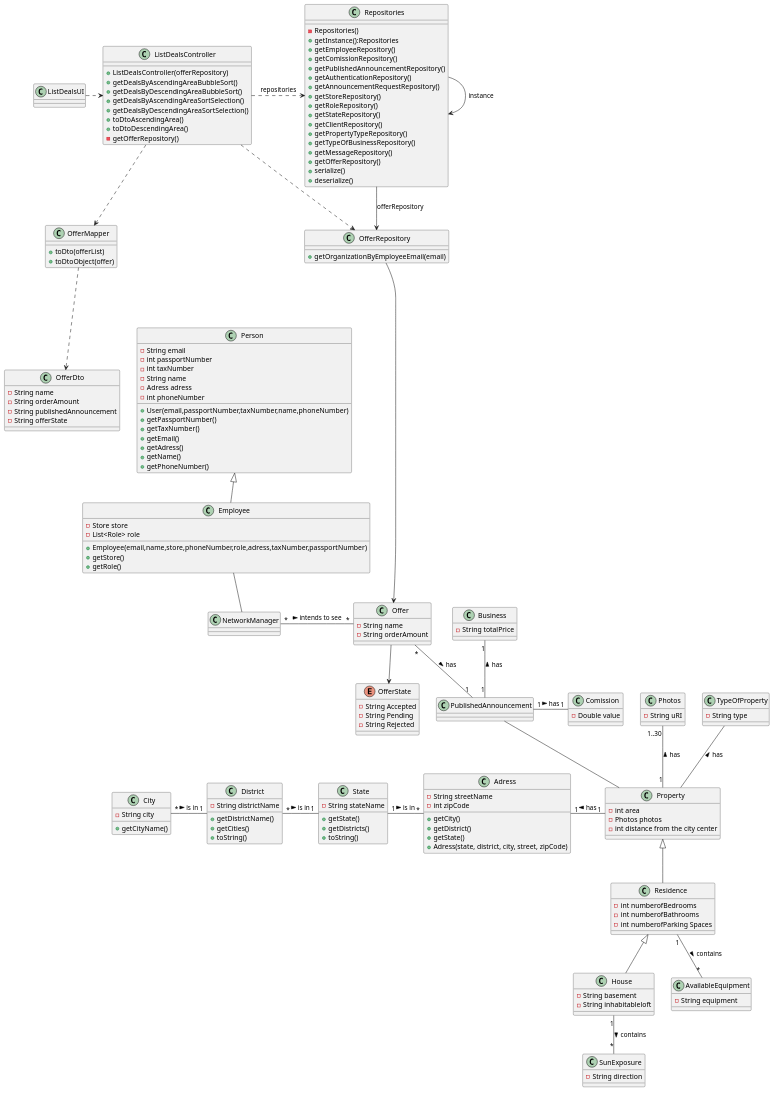
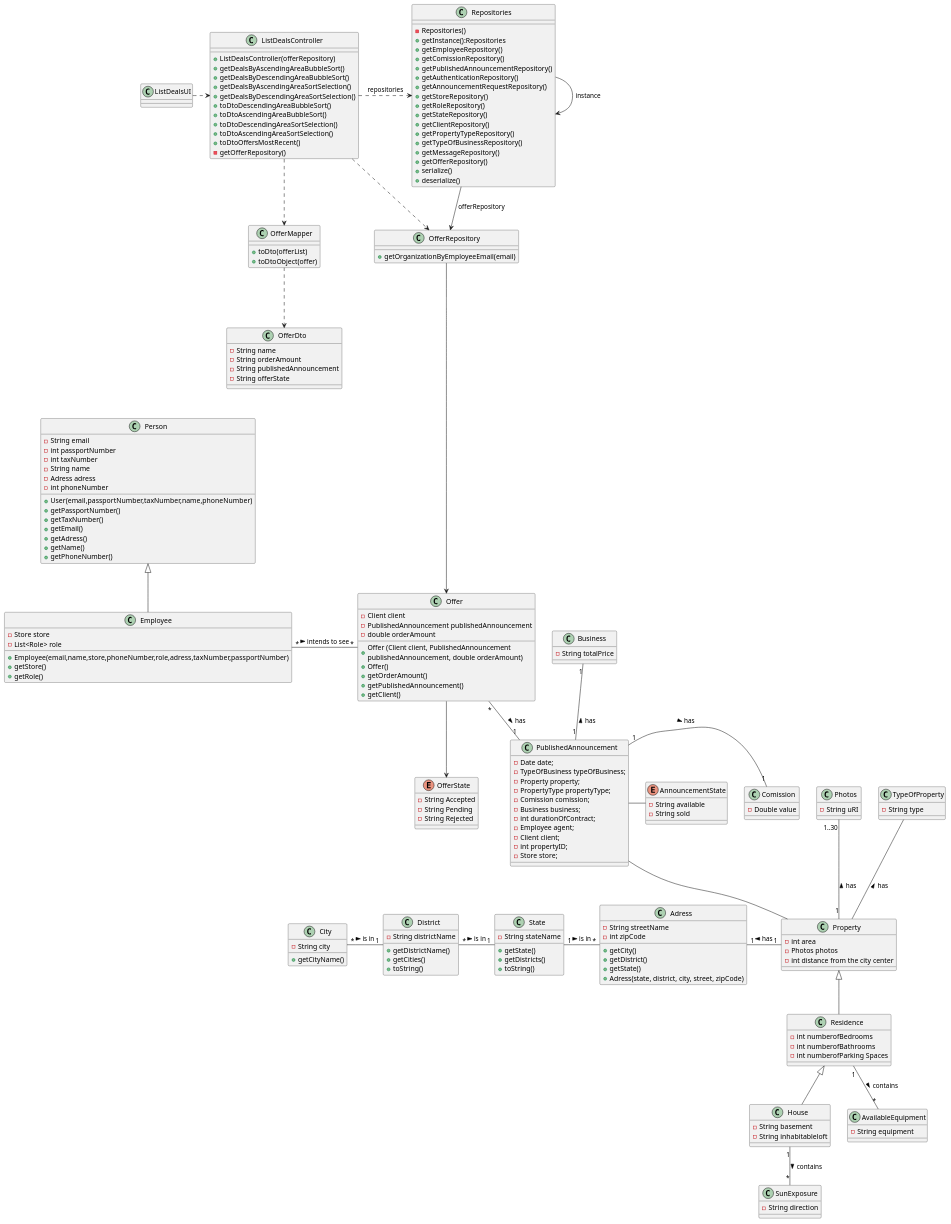
One commit to PureNimble/ISEP-LAPR2 changed the diagram in docs/sprintD/US017/03.design/puml/us17-class-diagram.puml. Above: the diagram before and after it, drawn with PlantUML. The commit also changed 15 other files, not shown here.

```diff
--- a/docs/sprintD/US017/03.design/puml/us17-class-diagram.puml
+++ b/docs/sprintD/US017/03.design/puml/us17-class-diagram.puml
@@ -26,12 +26,18 @@
 +getPhoneNumber()
 }
 
-class NetworkManager{
-}
 
 class Offer{
--String name
--String orderAmount
+- Client client
+ - PublishedAnnouncement publishedAnnouncement
+ - double orderAmount
+
+ + Offer (Client client, PublishedAnnouncement \npublishedAnnouncement, double orderAmount)
+ + Offer()
+ + getOrderAmount()
+ + getPublishedAnnouncement()
+ + getClient()
+
 }
 
 enum  OfferState {
@@ -109,6 +115,22 @@
 }
 
 class PublishedAnnouncement {
+    - Date date;
+    - TypeOfBusiness typeOfBusiness;
+    - Property property;
+    - PropertyType propertyType;
+    - Comission comission;
+    - Business business;
+    - int durationOfContract;
+    - Employee agent;
+    - Client client;
+    - int propertyID;
+    - Store store;
+}
+
+enum AnnouncementState{
+-String available
+-String sold
 }
 
 class State{
@@ -125,30 +147,6 @@
 class TypeOfProperty {
 -String type
 }
-
-Person <|-- Employee
-Employee -- NetworkManager
-
-
-NetworkManager "*" - "*" Offer: intends to see >
-Offer "*" -- "1" PublishedAnnouncement: has >
-PublishedAnnouncement -- Property
-TypeOfProperty -- Property : has <
-Property <|-- Residence
-Photos "1..30" -- "1" Property : has <
-Residence <|-- House
-Residence "1" -- "*" AvailableEquipment : contains >
-House "1" -- "*" SunExposure: contains >
-PublishedAnnouncement "1" - "1" Comission :has >
-Business "1" -- "1" PublishedAnnouncement : has <
-
-Adress "1" -right-- "1" Property: has <
-State "1" -left-- "*" District: is in <
-District "1" -left-- "*" City: is in <
-Adress "*" -left-- "1" State: is in <
-
-
-
 
 class OfferMapper {
     + toDto(offerList)
@@ -185,8 +183,11 @@
     + getDealsByDescendingAreaBubbleSort()
     + getDealsByAscendingAreaSortSelection()
     + getDealsByDescendingAreaSortSelection()
-    + toDtoAscendingArea()
-    + toDtoDescendingArea()
+    + toDtoDescendingAreaBubbleSort()
+    + toDtoAscendingAreaBubbleSort()
+    + toDtoDescendingAreaSortSelection()
+    + toDtoAscendingAreaSortSelection()
+    + toDtoOffersMostRecent()
     - getOfferRepository()
 }
 
@@ -200,6 +201,26 @@
 -String offerState
 }
 
+
+Person <|-- Employee
+
+
+Employee "*" - "*" Offer: intends to see >
+Offer "*" -- "1" PublishedAnnouncement: has >
+PublishedAnnouncement -- Property
+TypeOfProperty -- Property : has <
+Property <|-- Residence
+Photos "1..30" -- "1" Property : has <
+Residence <|-- House
+Residence "1" -- "*" AvailableEquipment : contains >
+House "1" -- "*" SunExposure: contains >
+PublishedAnnouncement "1" - "1" Comission :has >
+Business "1" -- "1" PublishedAnnouncement : has <
+
+Adress "1" -right-- "1" Property: has <
+State "1" -left-- "*" District: is in <
+District "1" -left-- "*" City: is in <
+Adress "*" -left-- "1" State: is in <
 
 
 ListDealsUI .> ListDealsController
@@ -219,6 +240,8 @@
 OfferRepository -----> Offer
 
 
+PublishedAnnouncement - AnnouncementState
+
 Offer --> OfferState
 
 
```
